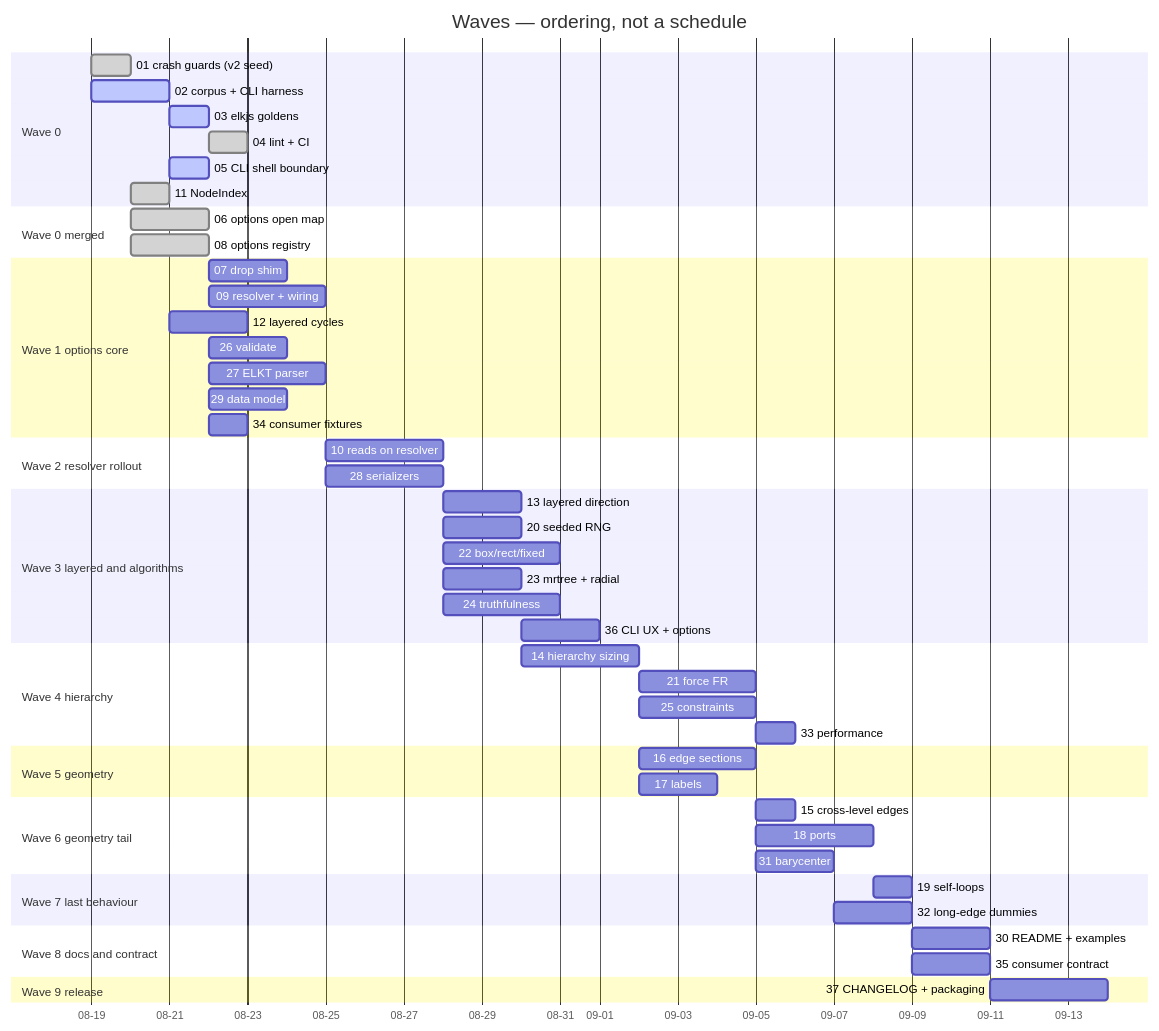
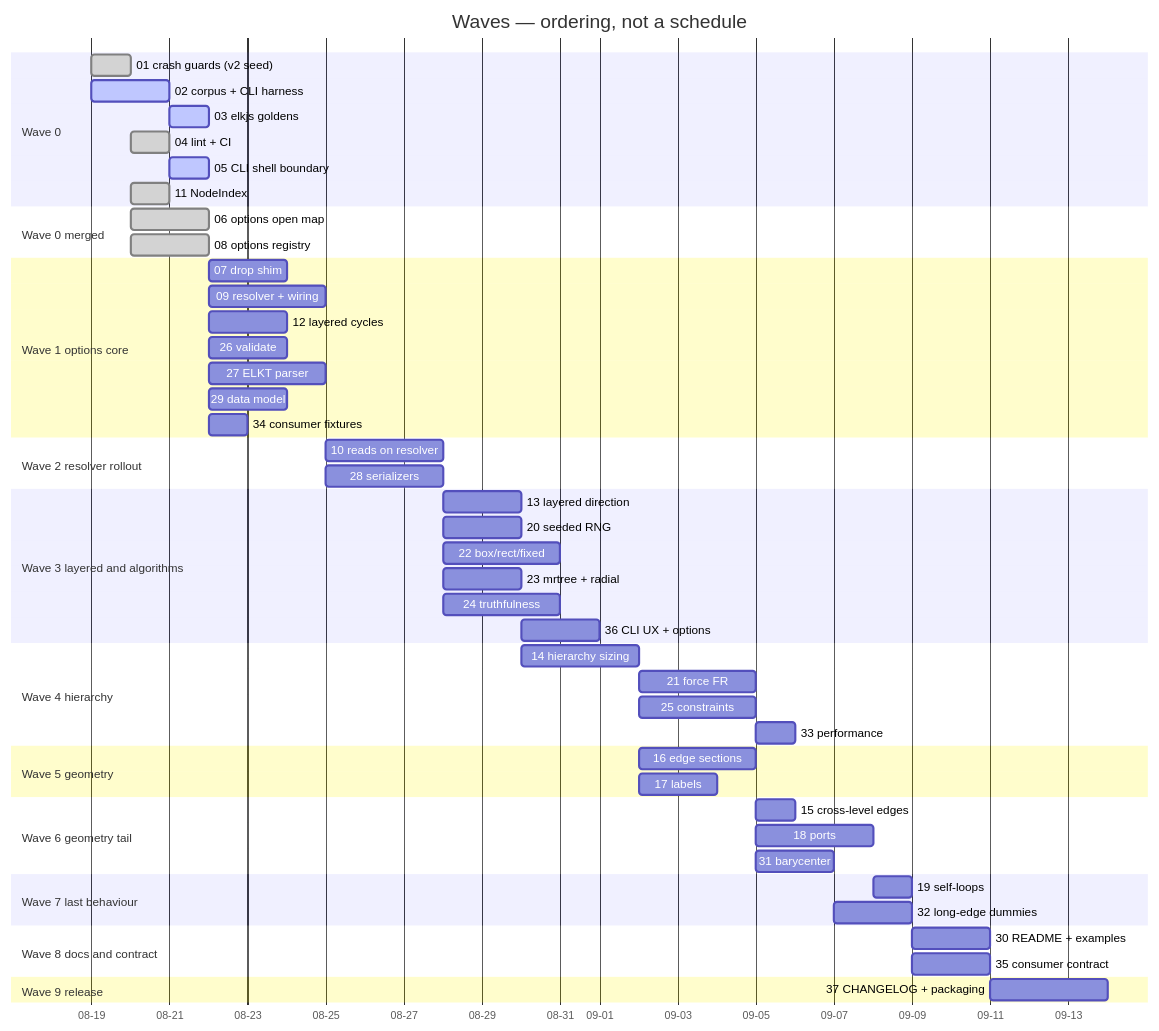
Before and after one commit to claricle/elkrb: the second of 2 diagrams in TODO.remediation/00-overview.md, drawn with Mermaid. The commit also changed other lines of this file and 2 other files, not shown here.

````diff
--- a/TODO.remediation/00-overview.md
+++ b/TODO.remediation/00-overview.md
@@ -144,54 +144,54 @@
 ```mermaid
 gantt
     dateFormat  YYYY-MM-DD
     axisFormat  %m-%d
     title Waves — ordering, not a schedule
     section Wave 0
     01 crash guards (v2 seed)   :done, w0a, 2026-08-19, 1d
     02 corpus + CLI harness     :active, w0b, 2026-08-19, 2d
     03 elkjs goldens            :active, w0c, after w0b, 1d
-    04 lint + CI                :done, w0d, after w0c, 1d
+    04 lint + CI                :done, w0d, 2026-08-20, 1d
     05 CLI shell boundary       :active, w0e, after w0b, 1d
     11 NodeIndex                :done, w0f, 2026-08-20, 1d
     section Wave 0 merged
     06 options open map         :done, w0g, 2026-08-20, 2d
     08 options registry         :done, w0h, 2026-08-20, 2d
     section Wave 1 options core
     07 drop shim                :w1a, after w0g, 2d
     09 resolver + wiring        :w1b, after w0h, 3d
-    12 layered cycles           :w1c, after w0f, 2d
+    12 layered cycles           :w1c, after w0c, 2d
     26 validate                 :w1d, after w0e, 2d
     27 ELKT parser              :w1e, after w0g, 3d
     29 data model               :w1f, after w0g, 2d
     34 consumer fixtures        :w1g, after w0g, 1d
     section Wave 2 resolver rollout
     10 reads on resolver        :w2a, after w1b, 3d
     28 serializers              :w2b, after w1e, 3d
     section Wave 3 layered and algorithms
     13 layered direction        :w3a, after w2a w1c, 2d
     20 seeded RNG               :w3b, after w2a, 2d
     22 box/rect/fixed           :w3c, after w2a, 3d
     23 mrtree + radial          :w3d, after w2a w1a, 2d
     24 truthfulness             :w3e, after w2a w1a, 3d
     36 CLI UX + options         :w3f, after w1b w1d w3a, 2d
     section Wave 4 hierarchy
     14 hierarchy sizing         :w4a, after w3a w1a, 3d
     21 force FR                 :w4b, after w4a w3b, 3d
     25 constraints              :w4c, after w4a, 3d
     33 performance              :w4d, after w3e w4b, 1d
     section Wave 5 geometry
     16 edge sections            :w5a, after w4a, 3d
     17 labels                   :w5b, after w4a, 2d
     section Wave 6 geometry tail
     15 cross-level edges        :w6a, after w5a, 1d
     18 ports                    :w6b, after w5a, 3d
     31 barycenter               :w6c, after w5a, 2d
     section Wave 7 last behaviour
     19 self-loops               :w7a, after w6b, 1d
     32 long-edge dummies        :w7b, after w6c, 2d
     section Wave 8 docs and contract
     30 README + examples        :w8a, after w7a w7b, 2d
     35 consumer contract        :w8b, after w7b w4d w3f w1g, 2d
     section Wave 9 release
     37 CHANGELOG + packaging    :w9a, after w8a w8b w1f w2b w4c, 3d
 ```
````
